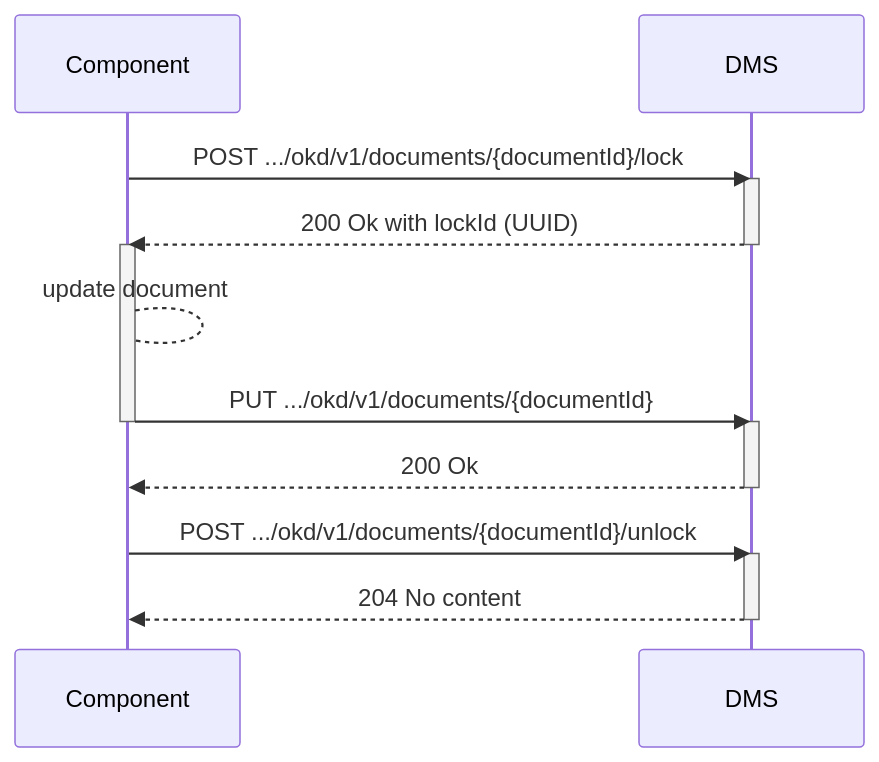
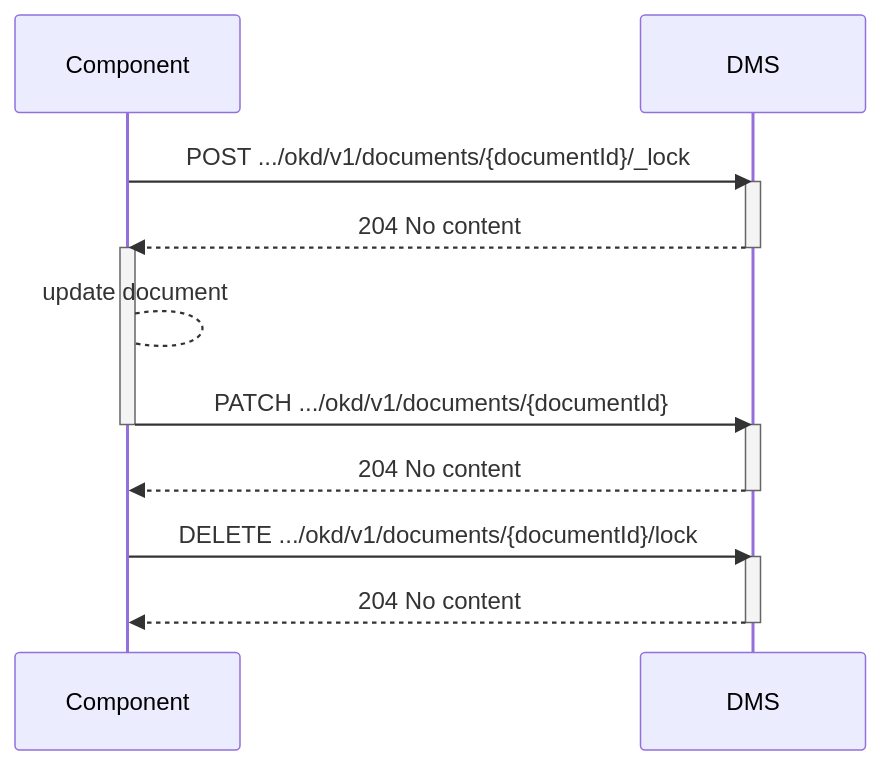
The first of 2 diagrams in doc/flow-y.md (Onderwijs-Koppelingen-OKx/OKD-Document-Management), drawn with Mermaid before and after one commit. The commit also changed other lines of this file, not shown here.

First line of the commit message:
Revert "Update flow-y with lock"

````diff
--- a/doc/flow-y.md
+++ b/doc/flow-y.md
@@ -15,22 +15,22 @@
 ```mermaid
 sequenceDiagram
     participant Component
     participant DMS
-    Component->>DMS: POST .../okd/v1/documents/{documentId}/lock
+    Component->>DMS: POST .../okd/v1/documents/{documentId}/_lock
     activate DMS
-    DMS-->>Component: 200 Ok with lockId (UUID)
+    DMS-->>Component: 204 No content
     deactivate DMS
     activate Component
     Component --> Component: update document
-    Component->>DMS: PUT .../okd/v1/documents/{documentId}
+    Component->>DMS: PATCH .../okd/v1/documents/{documentId}
     deactivate Component
 
     activate DMS
-    DMS-->>Component: 200 Ok
+    DMS-->>Component: 204 No content
     deactivate DMS
-     Component->>DMS: POST .../okd/v1/documents/{documentId}/unlock
+     Component->>DMS: DELETE .../okd/v1/documents/{documentId}/lock
     activate DMS
     DMS-->>Component: 204 No content
     deactivate DMS
 
 ```
````
